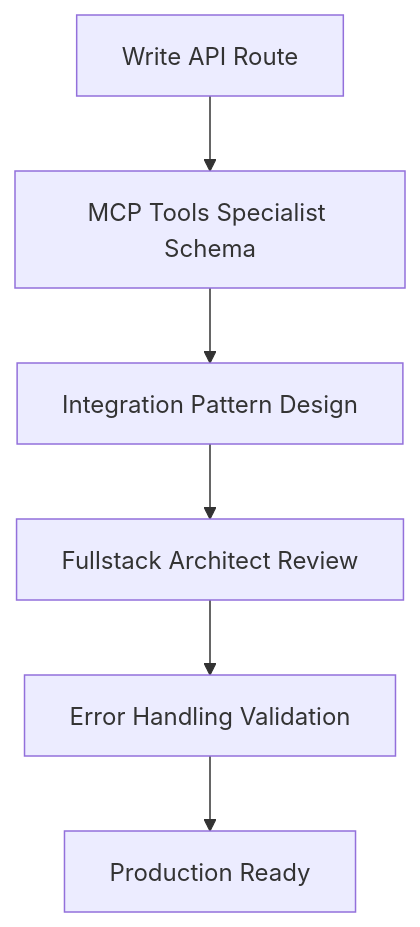
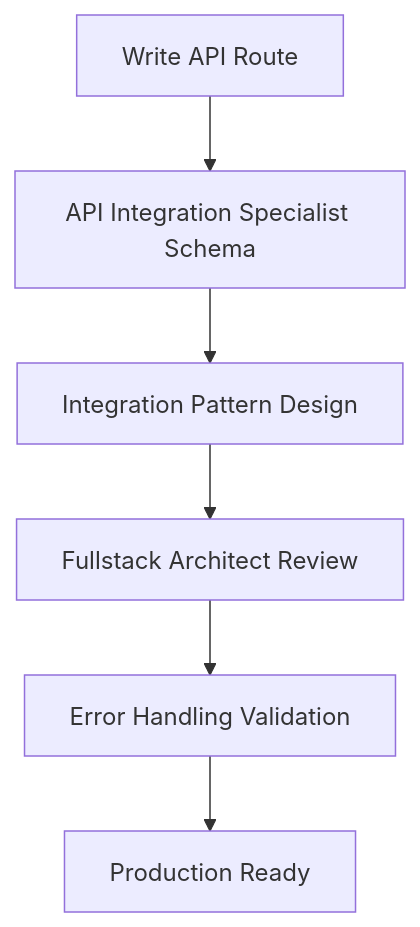
Before and after one commit to missgemma415/work-payroll-project: the second of 2 diagrams in ProjectTasks.md, drawn with Mermaid. The commit also changed other lines of this file and 95 other files, not shown here.

````diff
--- a/ProjectTasks.md
+++ b/ProjectTasks.md
@@ -404,8 +404,8 @@
 ```mermaid
 graph TD
-    A[Write API Route] --> B[MCP Tools Specialist Schema]
+    A[Write API Route] --> B[API Integration Specialist Schema]
     B --> C[Integration Pattern Design]
     C --> D[Fullstack Architect Review]
     D --> E[Error Handling Validation]
     E --> F[Production Ready]
 ```
````
